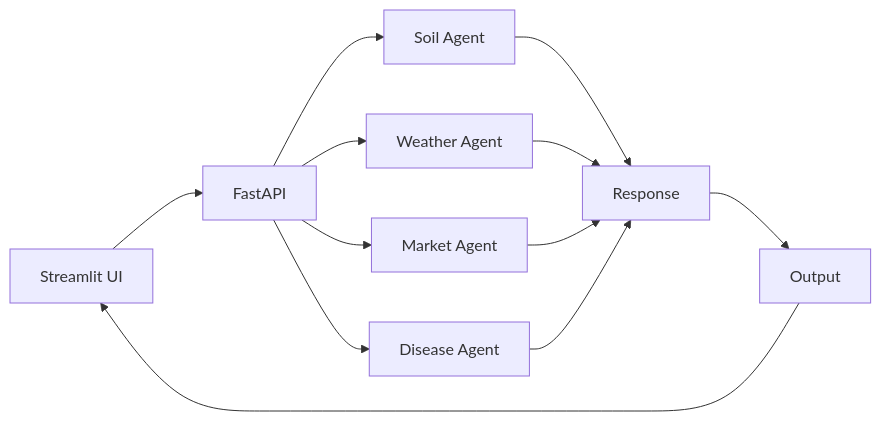
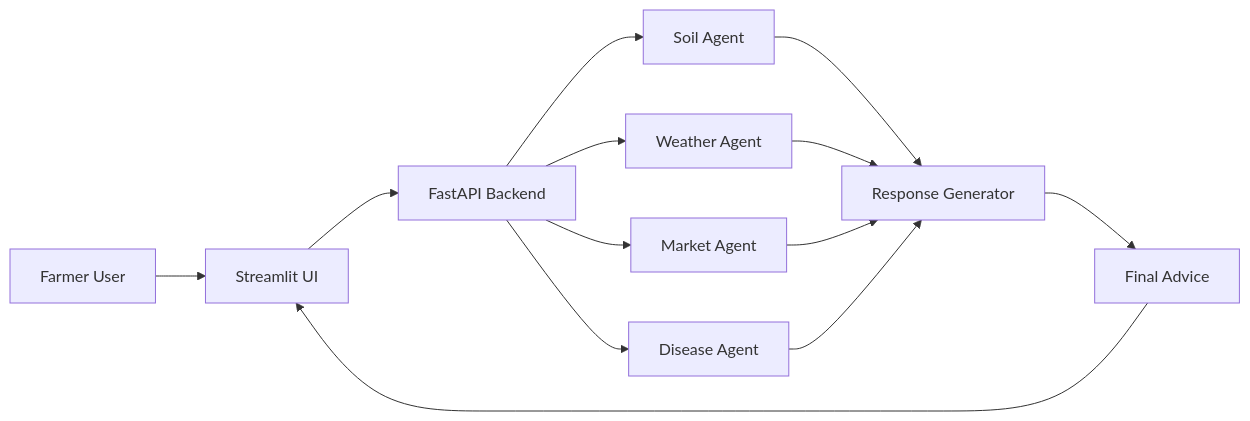
One commit to Coder123-art/krishi-ai-agent changed the diagram in README.md. Above: the diagram before and after it, drawn with Mermaid. The commit also changed other lines of this file, not shown here.

````diff
--- a/README.md
+++ b/README.md
@@ -18,14 +18,21 @@
 ```mermaid
 flowchart LR
-A[Streamlit UI] --> B[FastAPI]
-B --> C[Soil Agent]
-B --> D[Weather Agent]
-B --> E[Market Agent]
-B --> F[Disease Agent]
-C --> G[Response]
-D --> G
-E --> G
-F --> G
-G --> H[Output]
-H --> A
+
+A[Farmer User] --> B[Streamlit UI]
+
+B --> C[FastAPI Backend]
+
+C --> D[Soil Agent]
+C --> E[Weather Agent]
+C --> F[Market Agent]
+C --> G[Disease Agent]
+
+D --> H[Response Generator]
+E --> H
+F --> H
+G --> H
+
+H --> I[Final Advice]
+
+I --> B
 ```
````
